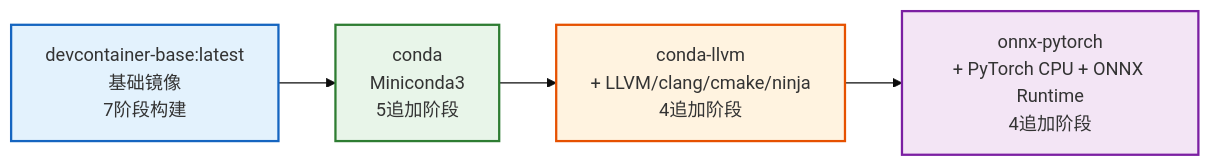
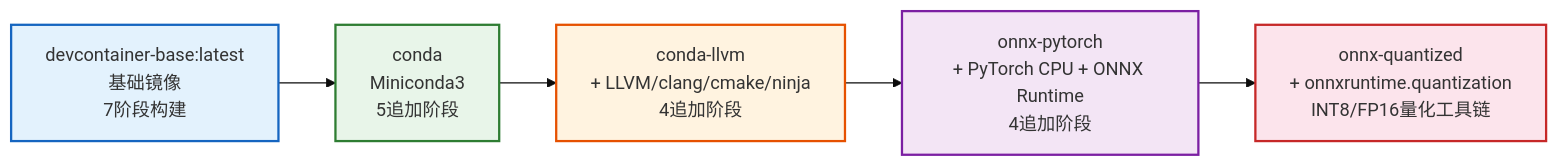
The first of 2 diagrams in apps/devcontainer-base/.agents/workflows/variants-ci.md (xinetzone/SpecWeave), drawn with Mermaid (base theme) before and after one commit. The commit also changed other lines of this file and 5 other files, not shown here.

````diff
--- a/apps/devcontainer-base/.agents/workflows/variants-ci.md
+++ b/apps/devcontainer-base/.agents/workflows/variants-ci.md
@@ -20,16 +20,19 @@
 ```mermaid
 flowchart LR
     Base[devcontainer-base:latest<br/>基础镜像<br/>7阶段构建] --> Conda[conda<br/>Miniconda3<br/>5追加阶段]
     Conda --> CondaLLVM[conda-llvm<br/>+ LLVM/clang/cmake/ninja<br/>4追加阶段]
     CondaLLVM --> OnnxPyTorch[onnx-pytorch<br/>+ PyTorch CPU + ONNX Runtime<br/>4追加阶段]
+    OnnxPyTorch --> OnnxQuantized[onnx-quantized<br/>+ onnxruntime.quantization<br/>INT8/FP16量化工具链]
     
     classDef base fill:#e3f2fd,stroke:#1565c0,stroke-width:2px
     classDef conda fill:#e8f5e9,stroke:#2e7d32,stroke-width:2px
     classDef llvm fill:#fff3e0,stroke:#e65100,stroke-width:2px
     classDef pytorch fill:#f3e5f5,stroke:#7b1fa2,stroke-width:2px
+    classDef quant fill:#fce4ec,stroke:#c62828,stroke-width:2px
     
     class Base base
     class Conda conda
     class CondaLLVM llvm
     class OnnxPyTorch pytorch
+    class OnnxQuantized quant
 ```
````
